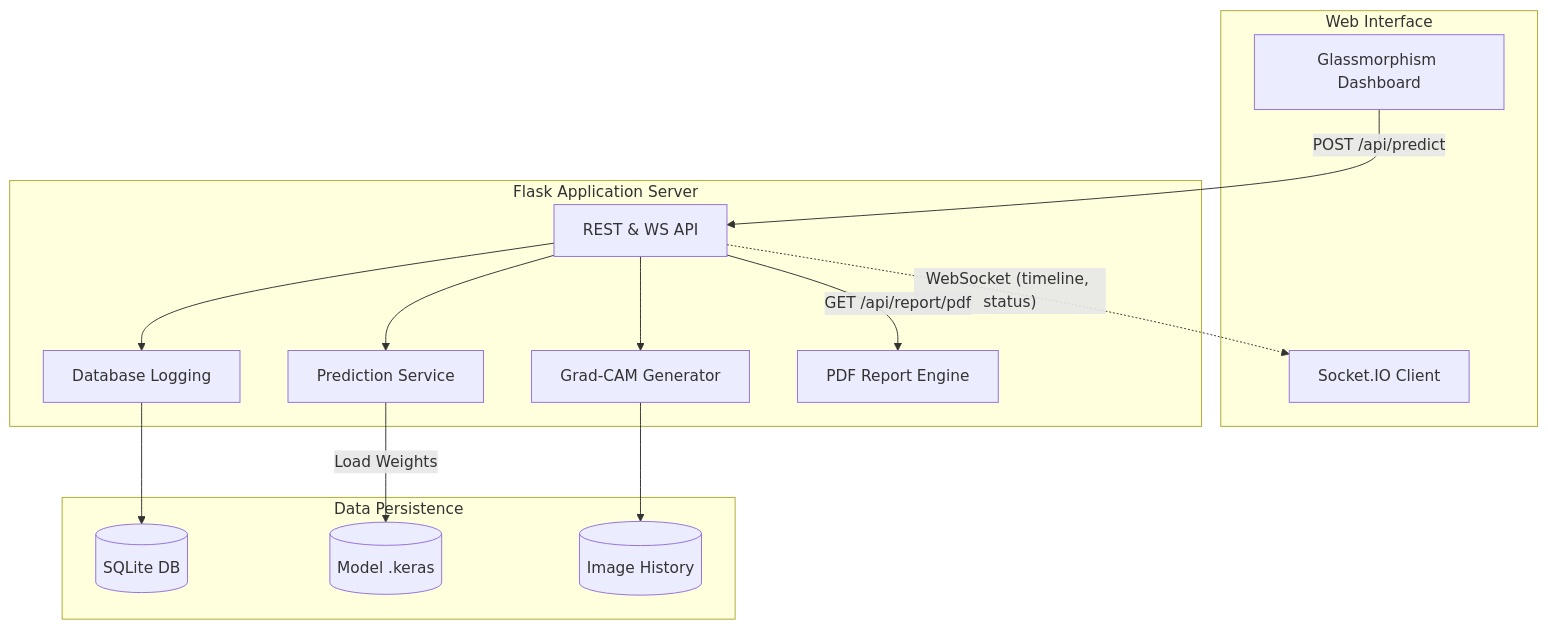
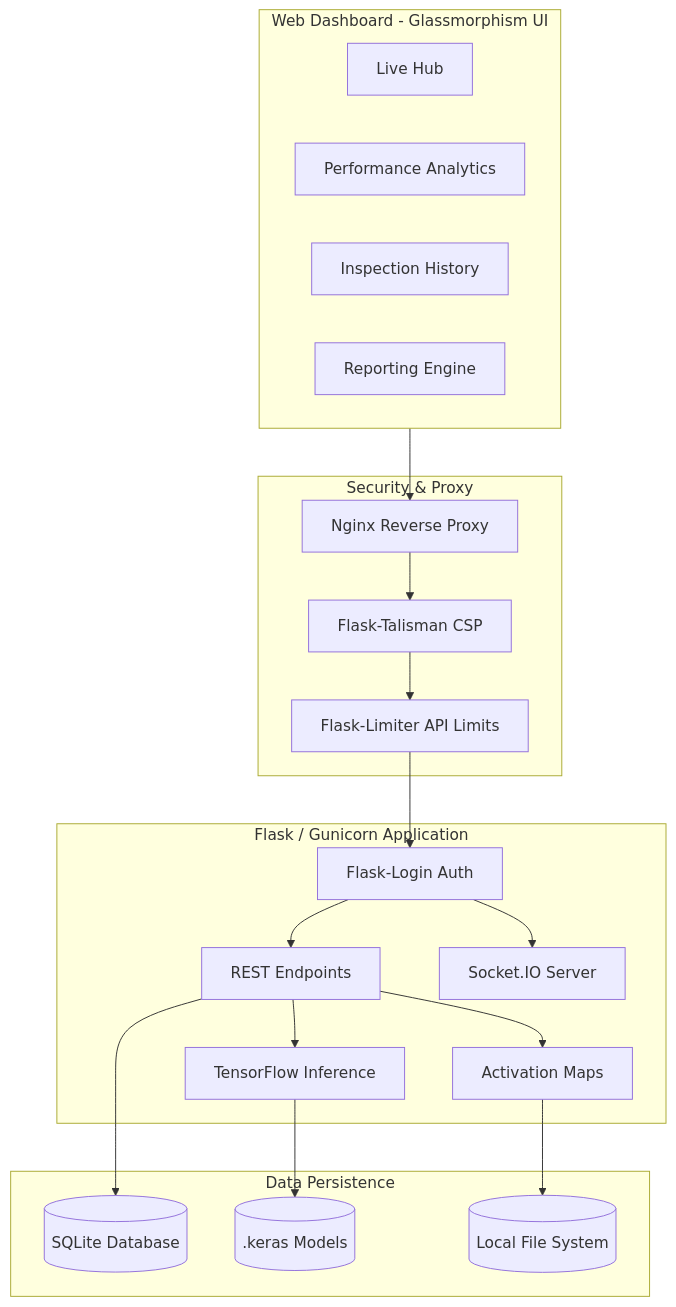
Before and after one commit to JiphinGeorge/SmartCam-AI---Industrial-Quality-Control-System: the first of 2 diagrams in README.md, drawn with Mermaid. The commit also changed other lines of this file, not shown here.

Commit message:
docs: overhaul README with updated architecture diagrams, API documentation, and deployment instructions

````diff
--- a/README.md
+++ b/README.md
@@ -29,35 +26,47 @@
 ```mermaid
 graph TD
     %% Frontend Layer
-    subgraph Frontend [Web Interface]
-        UI[Glassmorphism Dashboard]
-        WS[Socket.IO Client]
+    subgraph Frontend [Web Dashboard - Glassmorphism UI]
+        Dashboard[Live Hub]
+        Analytics[Performance Analytics]
+        History[Inspection History]
+        Reports[Reporting Engine]
+    end
+
+    %% Security & Network
+    subgraph Network [Security & Proxy]
+        Nginx[Nginx Reverse Proxy]
+        Talisman[Flask-Talisman CSP]
+        Limiter[Flask-Limiter API Limits]
     end
 
     %% Backend Layer
-    subgraph Backend [Flask Application Server]
-        API[REST & WS API]
-        Predictor[Prediction Service]
-        GradCAM[Grad-CAM Generator]
-        DB_Serv[Database Logging]
-        PDF_Gen[PDF Report Engine]
+    subgraph Backend [Flask / Gunicorn Application]
+        Auth[Flask-Login Auth]
+        API[REST Endpoints]
+        WS[Socket.IO Server]
+        Predictor[TensorFlow Inference]
+        GradCAM[Activation Maps]
     end
 
     %% Storage Layer
-    subgraph Storage [Data Persistence]
-        SQLite[(SQLite DB)]
-        ModelStore[(Model .keras)]
-        ImageStore[(Image History)]
+    subgraph Persistence [Data Persistence]
+        SQLite[(SQLite Database)]
+        Models[(.keras Models)]
+        FS[(Local File System)]
     end
 
-    %% Data Flow
-    UI -- "POST /api/predict" --> API
+    Frontend --> Nginx
+    Nginx --> Talisman
+    Talisman --> Limiter
+    Limiter --> Auth
+    Auth --> API
+    Auth --> WS
+    
     API --> Predictor
-    Predictor -- "Load Weights" --> ModelStore
+    Predictor --> Models
     API --> GradCAM
-    API --> DB_Serv
-    DB_Serv --> SQLite
-    GradCAM --> ImageStore
-    API -. "WebSocket (timeline, status)" .-> WS
-    API -- "GET /api/report/pdf" --> PDF_Gen
+    
+    API --> SQLite
+    GradCAM --> FS
 ```
````
